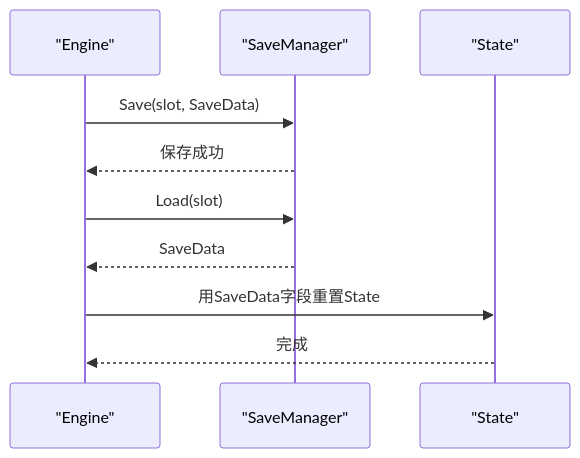
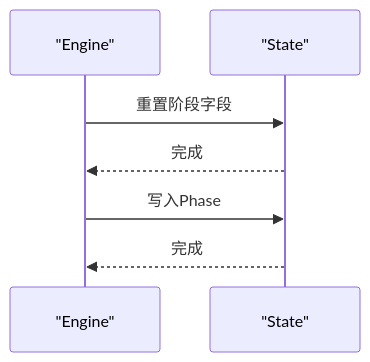
The fifth of 7 diagrams in .qoder/repowiki/zh/content/游戏引擎架构/游戏阶段管理.md (zwh8800/cdnd), drawn with Mermaid before and after one commit. The commit also changed other lines of this file and 102 other files, not shown here.

````diff
--- a/.qoder/repowiki/zh/content/游戏引擎架构/游戏阶段管理.md
+++ b/.qoder/repowiki/zh/content/游戏引擎架构/游戏阶段管理.md
@@ -240,12 +226,9 @@
 ```mermaid
 sequenceDiagram
 participant Engine as "Engine"
-participant Save as "SaveManager"
 participant State as "State"
-Engine->>Save : Save(slot, SaveData)
-Save-->>Engine : 保存成功
-Engine->>Save : Load(slot)
-Save-->>Engine : SaveData
-Engine->>State : 用SaveData字段重置State
+Engine->>State : 重置阶段字段
+State-->>Engine : 完成
+Engine->>State : 写入Phase
 State-->>Engine : 完成
 ```
````
